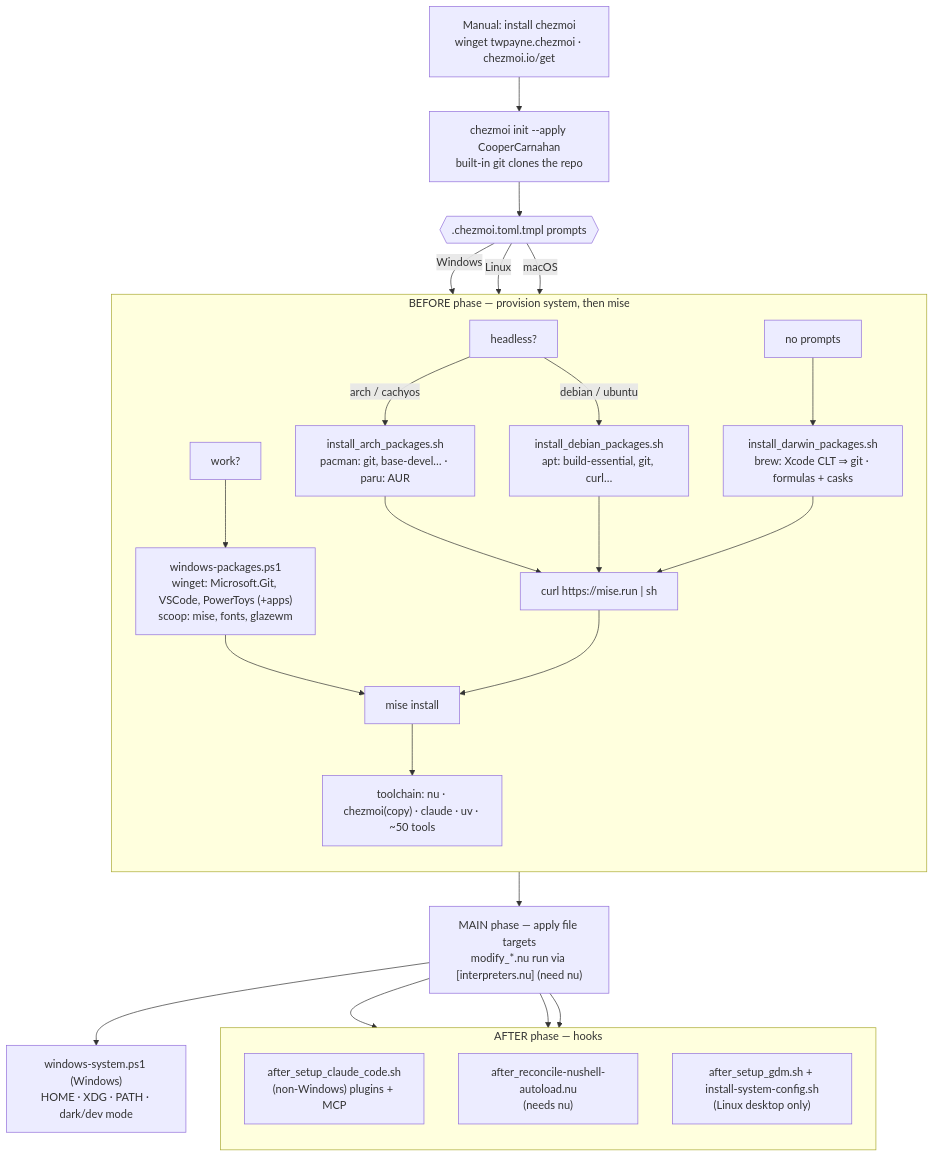
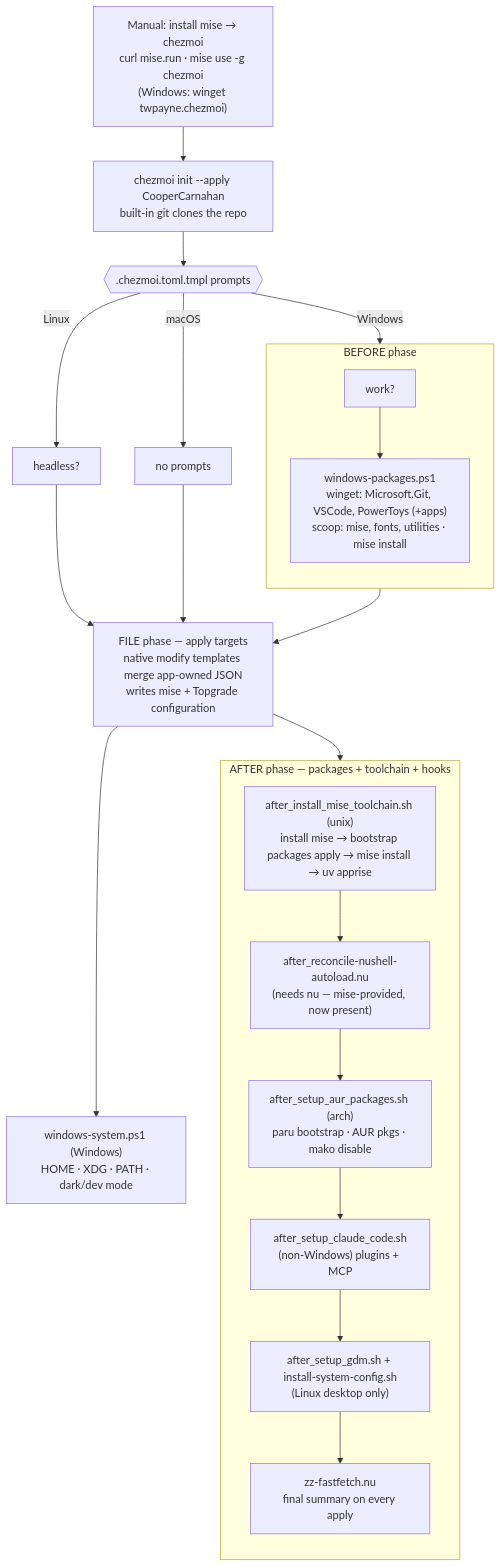
The diagram in README.md (CooperCarnahan/dotfiles), drawn with Mermaid before and after one commit. The commit also changed other lines of this file and 14 other files, not shown here.

````diff
--- a/README.md
+++ b/README.md
@@ -62,36 +85,36 @@
 ```mermaid
 flowchart TD
-    A["Manual: install chezmoi<br/>winget twpayne.chezmoi · chezmoi.io/get"]
+    A["Manual: install mise → chezmoi<br/>curl mise.run · mise use -g chezmoi<br/>(Windows: winget twpayne.chezmoi)"]
     A --> B["chezmoi init --apply CooperCarnahan<br/>built-in git clones the repo"]
     B --> C{{".chezmoi.toml.tmpl prompts"}}
     C -->|Windows| Pw["work?"]
     C -->|Linux| Pl["headless?"]
     C -->|macOS| Pm["no prompts"]
 
-    subgraph BEFORE["BEFORE phase — provision system, then mise"]
+    subgraph BEFORE["BEFORE phase"]
       direction TB
-      Pw --> Bw["windows-packages.ps1<br/>winget: Microsoft.Git, VSCode, PowerToys (+apps)<br/>scoop: mise, fonts, glazewm"]
-      Pl -->|arch / cachyos| Ba["install_arch_packages.sh<br/>pacman: git, base-devel… · paru: AUR"]
-      Pl -->|debian / ubuntu| Bd["install_debian_packages.sh<br/>apt: build-essential, git, curl…"]
-      Pm --> Bm["install_darwin_packages.sh<br/>brew: Xcode CLT ⇒ git · formulas + casks"]
-      Ba --> Rn["curl https://mise.run | sh"]
-      Bd --> Rn
-      Bm --> Rn
-      Bw --> Mi["mise install"]
-      Rn --> Mi
-      Mi --> Tc["toolchain: nu · chezmoi(copy) · claude · uv · ~50 tools"]
+      Pw --> Bw["windows-packages.ps1<br/>winget: Microsoft.Git, VSCode, PowerToys (+apps)<br/>scoop: mise, fonts, utilities · mise install"]
     end
 
-    Tc --> Main["MAIN phase — apply file targets<br/>modify_*.nu run via [interpreters.nu] (need nu)"]
+    Bw --> Main
+    Pl --> Main
+    Pm --> Main
+    Main["FILE phase — apply targets<br/>native modify templates merge app-owned JSON<br/>writes mise + Topgrade configuration"]
     Main --> Sys["windows-system.ps1 (Windows)<br/>HOME · XDG · PATH · dark/dev mode"]
 
-    subgraph AFTER["AFTER phase — hooks"]
+    subgraph AFTER["AFTER phase — packages + toolchain + hooks"]
       direction TB
+      Tl["after_install_mise_toolchain.sh (unix)<br/>install mise → bootstrap packages apply → mise install → uv apprise"]
+      Nu["after_reconcile-nushell-autoload.nu<br/>(needs nu — mise-provided, now present)"]
+      Aur["after_setup_aur_packages.sh (arch)<br/>paru bootstrap · AUR pkgs · mako disable"]
       Cc["after_setup_claude_code.sh<br/>(non-Windows) plugins + MCP"]
-      Nu["after_reconcile-nushell-autoload.nu<br/>(needs nu)"]
       Gd["after_setup_gdm.sh + install-system-config.sh<br/>(Linux desktop only)"]
+      Ff["zz-fastfetch.nu<br/>final summary on every apply"]
     end
-    Main --> Cc
-    Main --> Nu
-    Main --> Gd
+    Main --> Tl
+    Tl --> Nu
+    Nu --> Aur
+    Aur --> Cc
+    Cc --> Gd
+    Gd --> Ff
 ```
````
